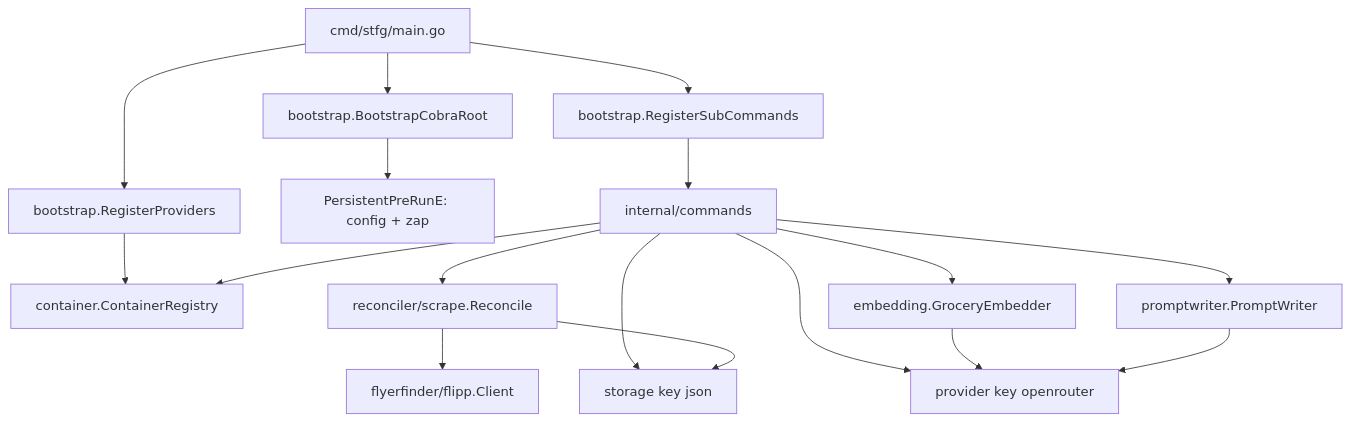
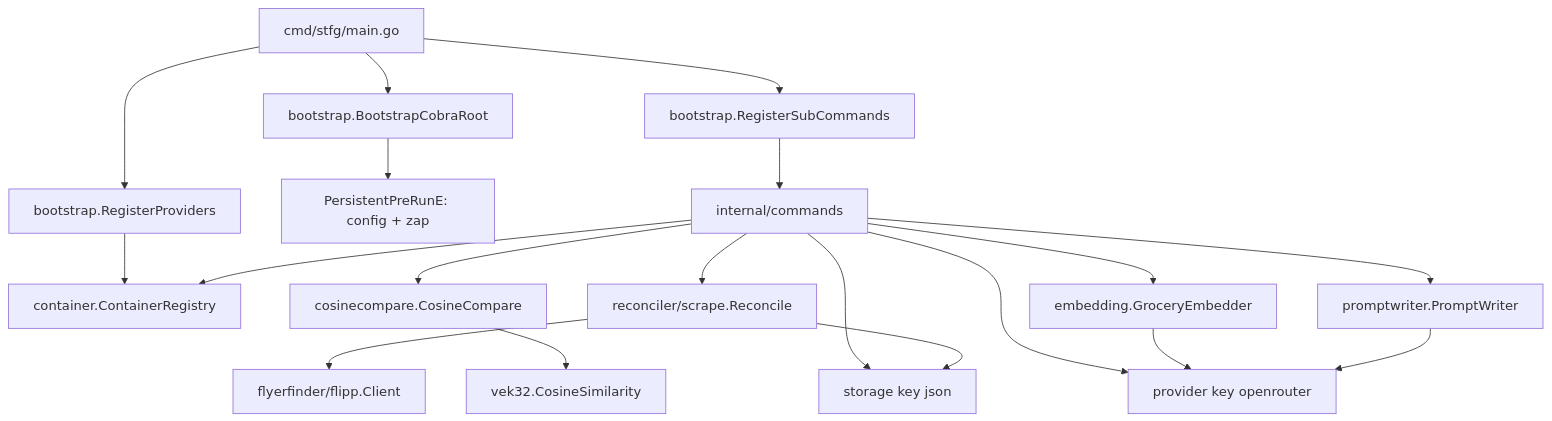
Before and after one commit to bensoer/stfg: the first of 2 diagrams in docs/ARCHITECTURE.md, drawn with Mermaid. The commit also changed other lines of this file and 3 other files, not shown here.

````diff
--- a/docs/ARCHITECTURE.md
+++ b/docs/ARCHITECTURE.md
@@ -9,19 +9,21 @@
 ```mermaid
 flowchart TD
     main["cmd/stfg/main.go"] --> root["bootstrap.BootstrapCobraRoot"]
     main --> reg["bootstrap.RegisterProviders"]
     main --> cmds["bootstrap.RegisterSubCommands"]
     root --> pre["PersistentPreRunE: config + zap"]
     reg --> container["container.ContainerRegistry"]
     cmds --> commands["internal/commands"]
     commands --> container
     commands --> json["storage key json"]
     commands --> or["provider key openrouter"]
     commands --> embed["embedding.GroceryEmbedder"]
     commands --> prompt["promptwriter.PromptWriter"]
+    commands --> cosine["cosinecompare.CosineCompare"]
     commands --> scrape["reconciler/scrape.Reconcile"]
+    cosine --> vek["vek32.CosineSimilarity"]
     scrape --> flipp["flyerfinder/flipp.Client"]
     scrape --> json
     embed --> or
     prompt --> or
 ```
````
